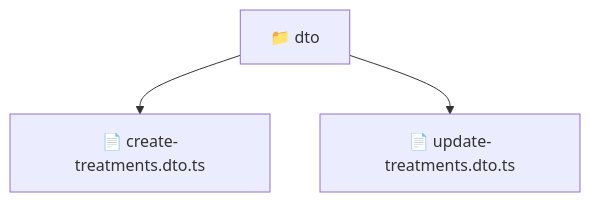
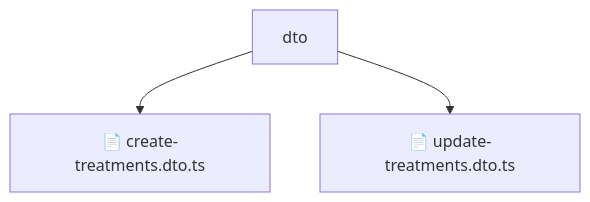
One commit to beginwebdev2002/fullstack-mavluda changed the diagram in backend/src/modules/treatments/presentation/dto/README.md. Above: the diagram before and after it, drawn with Mermaid. The commit also changed other lines of this file and 155 other files, not shown here.

````diff
--- a/backend/src/modules/treatments/presentation/dto/README.md
+++ b/backend/src/modules/treatments/presentation/dto/README.md
@@ -10,6 +14,6 @@
 ```mermaid
 graph TD
-  Root["📁 dto"]
-  Root --> createtreatmentsdtots["📄 create-treatments.dto.ts"]
-  Root --> updatetreatmentsdtots["📄 update-treatments.dto.ts"]
+    Root[dto]
+    Root --> F0[📄 create-treatments.dto.ts]
+    Root --> F1[📄 update-treatments.dto.ts]
 ```
````
